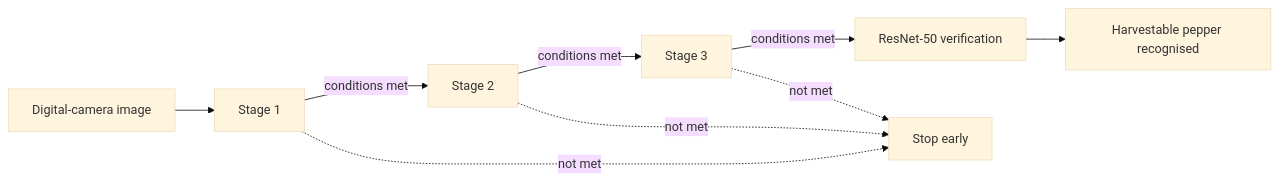
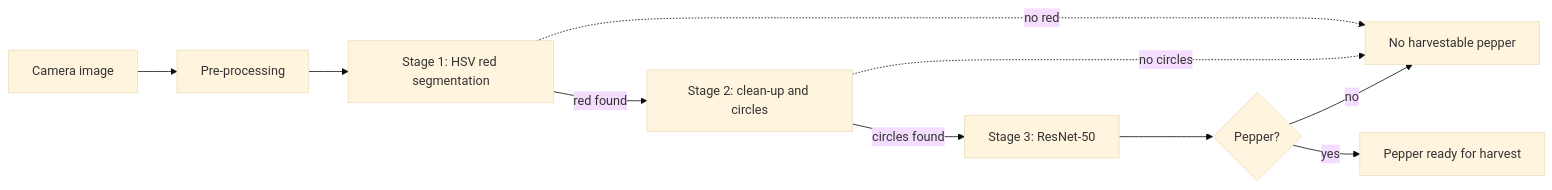
Before and after one commit to Janeferdinant/black-pepper-recognition: the diagram in README.md, drawn with Mermaid (base theme). The commit also changed other lines of this file and 4 other files, not shown here.

````diff
--- a/README.md
+++ b/README.md
@@ -34,11 +35,12 @@
 ```mermaid
 flowchart LR
-  A[Digital-camera image] --> S1[Stage 1]
-  S1 -- conditions met --> S2[Stage 2]
-  S2 -- conditions met --> S3[Stage 3]
-  S3 -- conditions met --> V[ResNet-50 verification]
-  V --> R[Harvestable pepper recognised]
-  S1 -. not met .-> X[Stop early]
-  S2 -. not met .-> X
-  S3 -. not met .-> X
+  A[Camera image] --> P[Pre-processing]
+  P --> S1[Stage 1: HSV red segmentation]
+  S1 -- red found --> S2[Stage 2: clean-up and circles]
+  S2 -- circles found --> S3[Stage 3: ResNet-50]
+  S3 --> R{Pepper?}
+  S1 -. no red .-> X[No harvestable pepper]
+  S2 -. no circles .-> X
+  R -- no --> X
+  R -- yes --> Y[Pepper ready for harvest]
 ```
````
